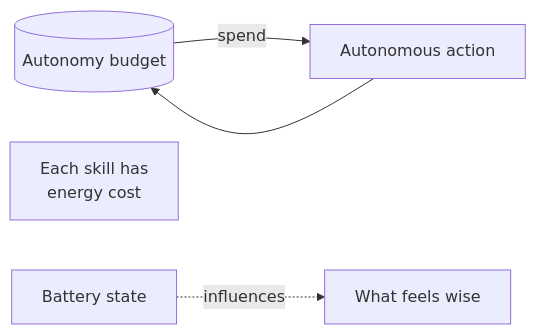
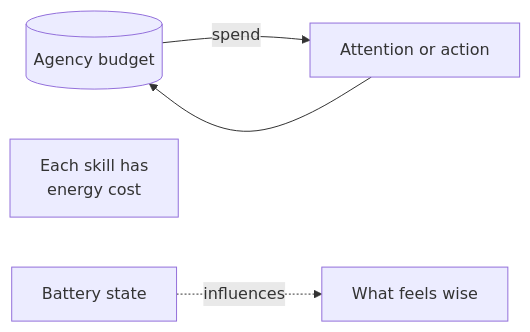
Before and after one commit to Velfi/AffectiveCore: the second of 7 diagrams in docs/05-when-it-acts-alone.md, drawn with Mermaid. The commit also changed other lines of this file and 147 other files, not shown here.

````diff
--- a/docs/05-when-it-acts-alone.md
+++ b/docs/05-when-it-acts-alone.md
@@ -49,8 +55,8 @@
 ```mermaid
 flowchart LR
-    POOL[(Autonomy budget)]
+    POOL[(Agency budget)]
     COST[Each skill has<br/>energy cost]
-    POOL -->|spend| ACT[Autonomous action]
+    POOL -->|spend| ACT[Attention or action]
     ACT --> POOL
     PWR[Battery state] -.->|influences| CHOICE[What feels wise]
 ```
````
